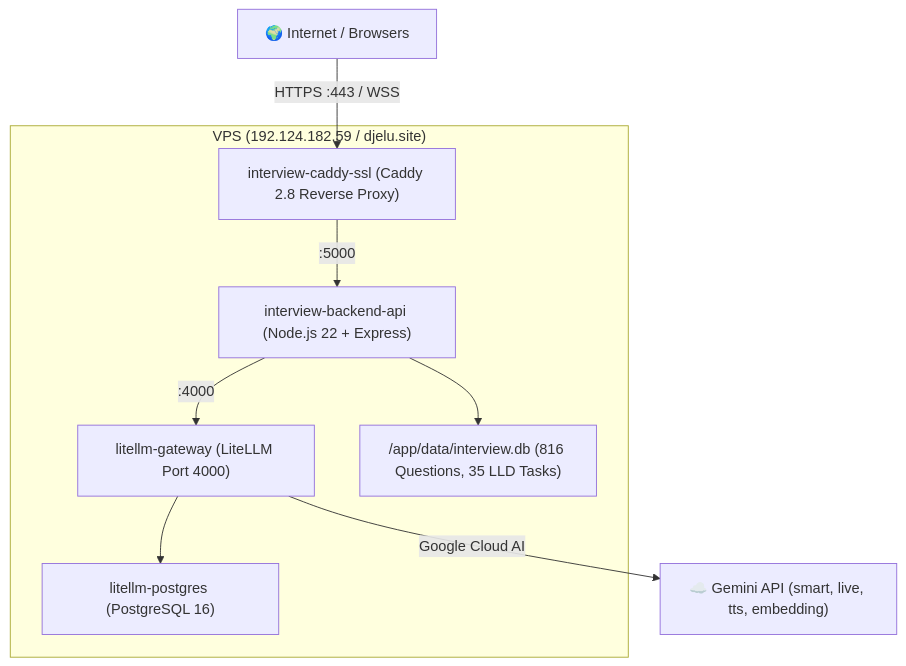
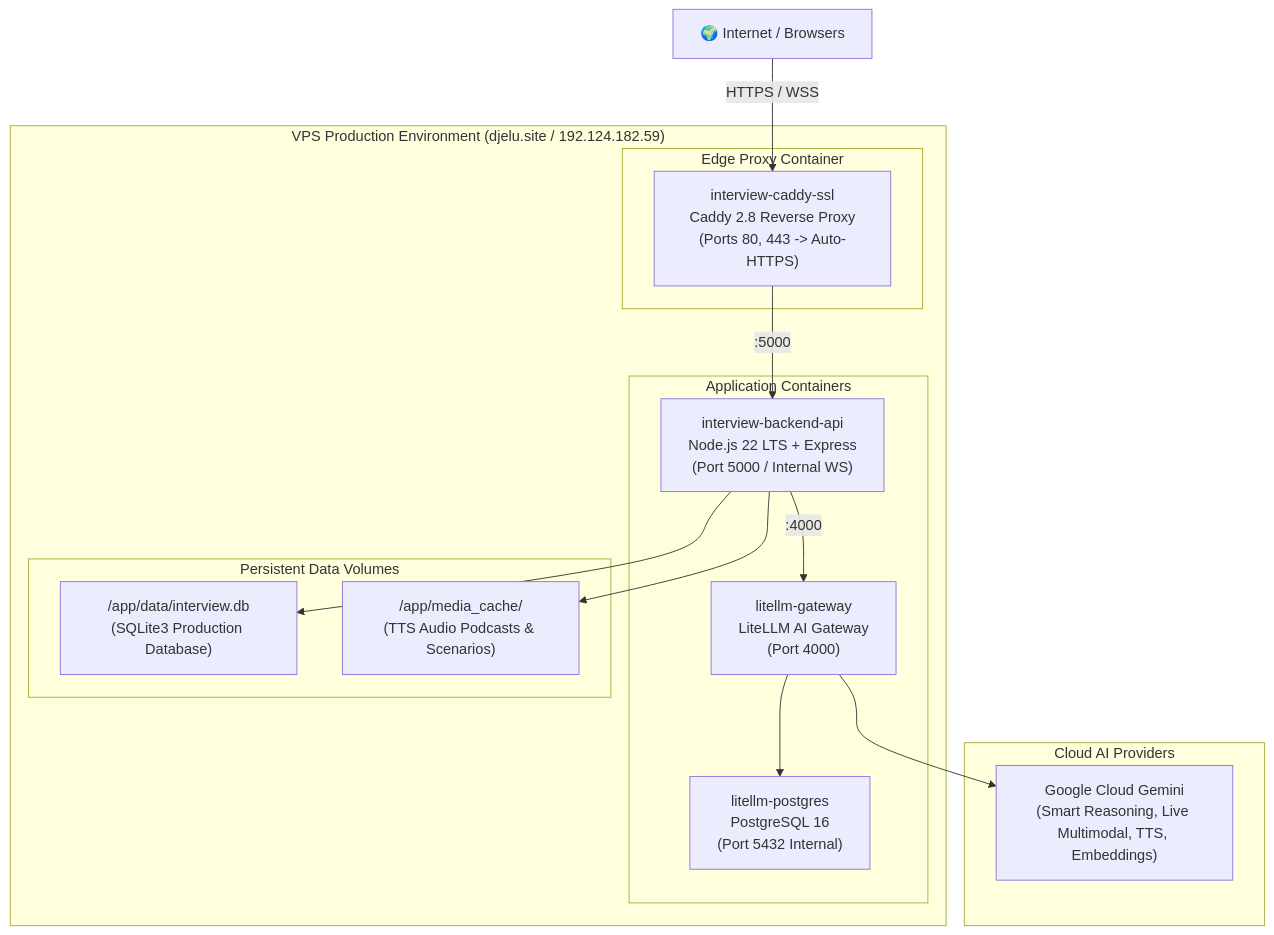
One commit to iliaIz/interview_tutor changed diagram 11 of 11 in docs/architecture.md. Above: the diagram before and after it, drawn with Mermaid. The commit also changed other lines of this file and 11 other files, not shown here.

Commit message:
feat(arch): master architectural harmonization, SSOT specification and Phase 07 foundation

````diff
--- a/docs/architecture.md
+++ b/docs/architecture.md
@@ -205,18 +540,32 @@
 ```mermaid
 graph TD
-    subgraph Host ["VPS (192.124.182.59 / djelu.site)"]
-        CaddyContainer["interview-caddy-ssl (Caddy 2.8 Reverse Proxy)"]
-        BackendContainer["interview-backend-api (Node.js 22 + Express)"]
-        LiteLLMContainer["litellm-gateway (LiteLLM Port 4000)"]
-        PostgresContainer["litellm-postgres (PostgreSQL 16)"]
-        SQLiteVolume["/app/data/interview.db (816 Questions, 35 LLD Tasks)"]
-        
-        CaddyContainer -->|":5000"| BackendContainer
-        BackendContainer --> SQLiteVolume
-        BackendContainer -->|":4000"| LiteLLMContainer
-        LiteLLMContainer --> PostgresContainer
+    subgraph Host ["VPS Production Environment (djelu.site / 192.124.182.59)"]
+        subgraph EdgeLayer ["Edge Proxy Container"]
+            Caddy["interview-caddy-ssl\nCaddy 2.8 Reverse Proxy\n(Ports 80, 443 -> Auto-HTTPS)"]
+        end
+
+        subgraph AppLayer ["Application Containers"]
+            BackendApp["interview-backend-api\nNode.js 22 LTS + Express\n(Port 5000 / Internal WS)"]
+            LiteLLM["litellm-gateway\nLiteLLM AI Gateway\n(Port 4000)"]
+            Postgres["litellm-postgres\nPostgreSQL 16\n(Port 5432 Internal)"]
+        end
+
+        subgraph StorageLayer ["Persistent Data Volumes"]
+            DataVol["/app/data/interview.db\n(SQLite3 Production Database)"]
+            MediaVol["/app/media_cache/\n(TTS Audio Podcasts & Scenarios)"]
+        end
+
+        Caddy -->|":5000"| BackendApp
+        BackendApp -->|":4000"| LiteLLM
+        LiteLLM --> Postgres
+        BackendApp --> DataVol
+        BackendApp --> MediaVol
     end
 
-    Internet["🌍 Internet / Browsers"] -->|HTTPS :443 / WSS| CaddyContainer
-    LiteLLMContainer -->|Google Cloud AI| GeminiCloud["☁️ Gemini API (smart, live, tts, embedding)"]
+    subgraph UpstreamAI ["Cloud AI Providers"]
+        GoogleCloud["Google Cloud Gemini\n(Smart Reasoning, Live Multimodal, TTS, Embeddings)"]
+    end
+
+    Internet["🌍 Internet / Browsers"] -->|HTTPS / WSS| Caddy
+    LiteLLM --> GoogleCloud
 ```
````
